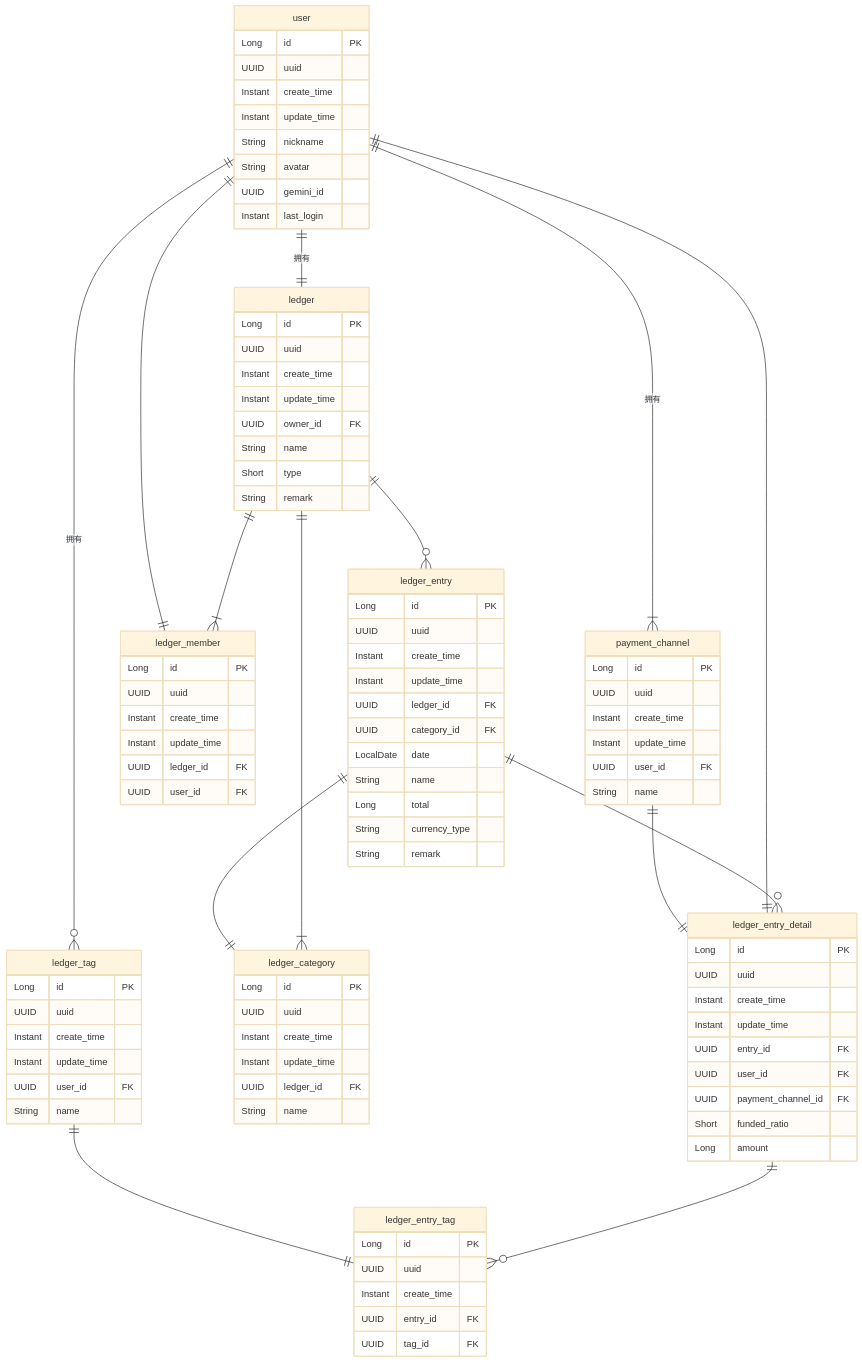
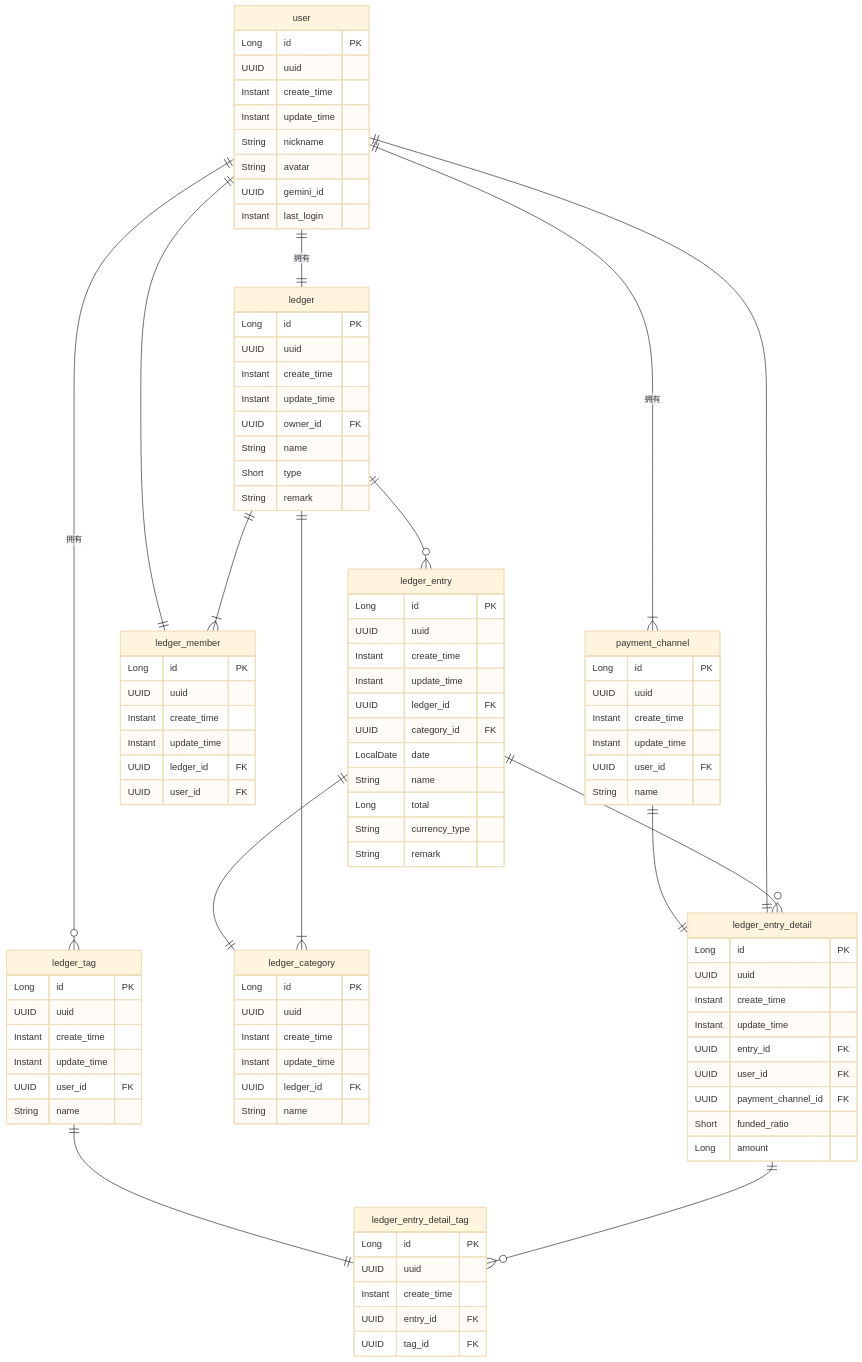
Before and after one commit to kuretru/Libra-Fortune: the diagram in docs/database.md, drawn with Mermaid (base theme). The commit also changed 14 other files, not shown here.

````diff
--- a/docs/database.md
+++ b/docs/database.md
@@ -99,13 +99,13 @@
     user ||--|| ledger_entry_detail : ""
     payment_channel ||--|| ledger_entry_detail : ""
 
-    ledger_entry_tag {
+    ledger_entry_detail_tag {
         Long id PK
         UUID uuid
         Instant create_time
         UUID entry_id FK
         UUID tag_id FK
     }
-    ledger_entry_detail ||--o{ ledger_entry_tag : ""
-    ledger_tag ||--|| ledger_entry_tag : ""
+    ledger_entry_detail ||--o{ ledger_entry_detail_tag : ""
+    ledger_tag ||--|| ledger_entry_detail_tag : ""
 ```
````
